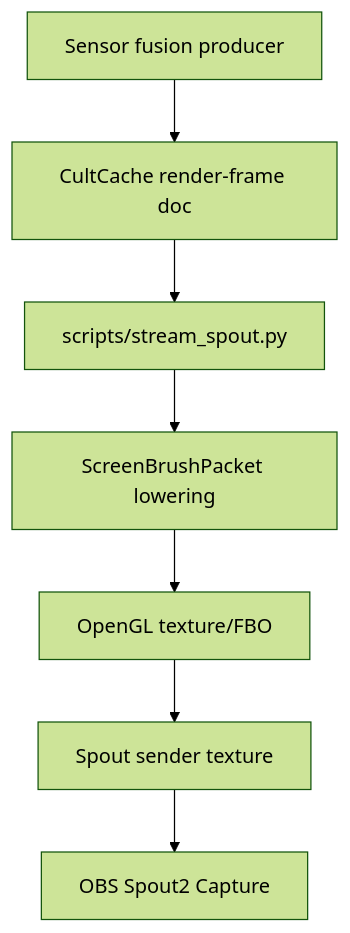
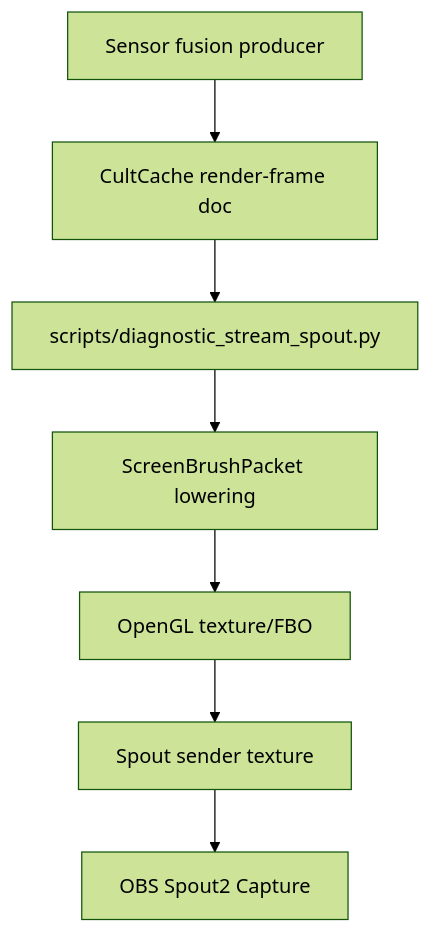
Before and after one commit to GameCult/Mimir: the diagram in docs/obs-spout-streaming.md, drawn with Mermaid (forest theme). The commit also changed other lines of this file and 8 other files, not shown here.

Commit message:
Rename Spout launcher as diagnostic

````diff
--- a/docs/obs-spout-streaming.md
+++ b/docs/obs-spout-streaming.md
@@ -11,9 +11,9 @@
 ```mermaid
 flowchart TD
     A["Sensor fusion producer"] --> B["CultCache render-frame doc"]
-    B --> C["scripts/stream_spout.py"]
+    B --> C["scripts/diagnostic_stream_spout.py"]
     C --> D["ScreenBrushPacket lowering"]
     D --> E["OpenGL texture/FBO"]
     E --> F["Spout sender texture"]
     F --> G["OBS Spout2 Capture"]
 ```
````
